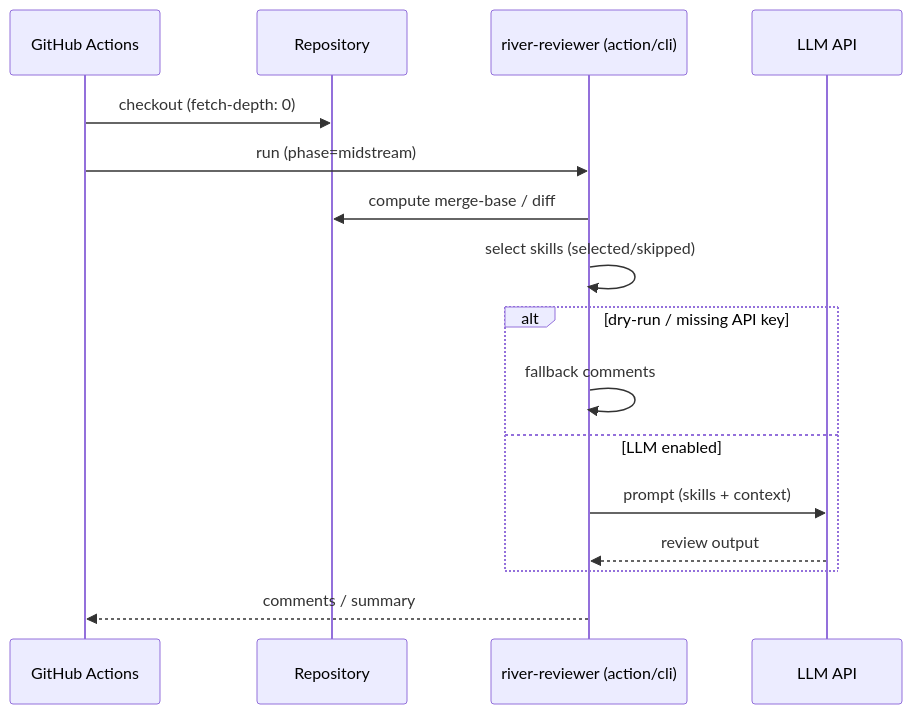
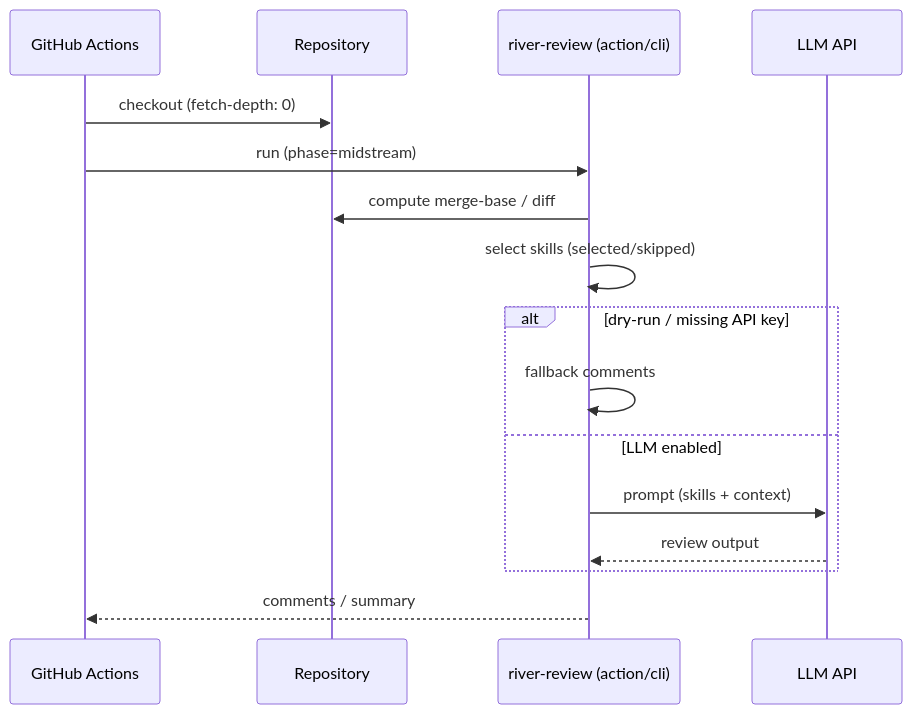
The second of 3 diagrams in pages/explanation/river-architecture.en.md (s977043/river-reviewer), drawn with Mermaid before and after one commit. The commit also changed other lines of this file and 311 other files, not shown here.

First line of the commit message:
feat!: rename River Reviewer → River Review across entire codebase (#967)

````diff
--- a/pages/explanation/river-architecture.en.md
+++ b/pages/explanation/river-architecture.en.md
@@ -30,19 +30,19 @@
 ```mermaid
 sequenceDiagram
   participant GH as GitHub Actions
   participant Repo as Repository
-  participant River as river-reviewer (action/cli)
+  participant River as river-review (action/cli)
   participant LLM as LLM API
 
   GH->>Repo: checkout (fetch-depth: 0)
   GH->>River: run (phase=midstream)
   River->>Repo: compute merge-base / diff
   River->>River: select skills (selected/skipped)
   alt dry-run / missing API key
     River->>River: fallback comments
   else LLM enabled
     River->>LLM: prompt (skills + context)
     LLM-->>River: review output
   end
   River-->>GH: comments / summary
 ```
````
